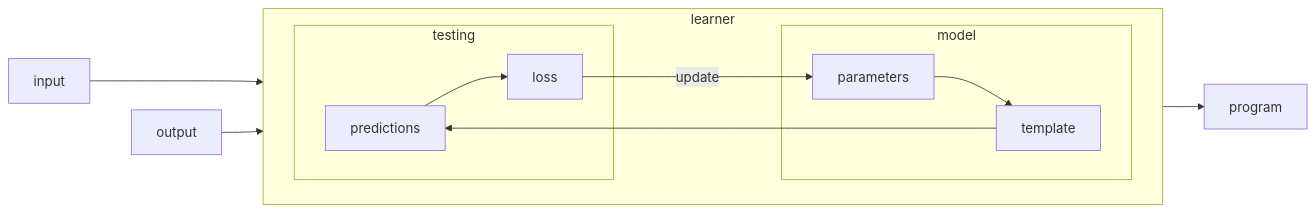
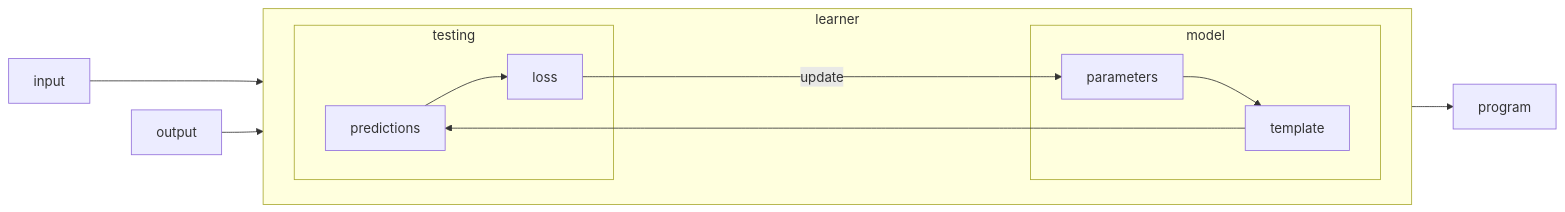
One commit to nicoladerric/nicoladerric.github.io changed the third of 3 diagrams in _posts/2023-08-16-rivoluzione.md. Above: the diagram before and after it, drawn with Mermaid.

````diff
--- a/_posts/2023-08-16-rivoluzione.md
+++ b/_posts/2023-08-16-rivoluzione.md
@@ -53,18 +53,18 @@
 ```mermaid
 flowchart LR;
     input ---> template;
     subgraph learner
         direction LR
         model ~~~ testing;
         subgraph model
         parameters --> template;
         end
         subgraph testing
         template --> predictions;
         predictions --> loss;
         end
-        loss ---> |update|parameters;
+        loss -------> |update|parameters;
     end
     output --> loss;
     learner --> program
 ```
````
